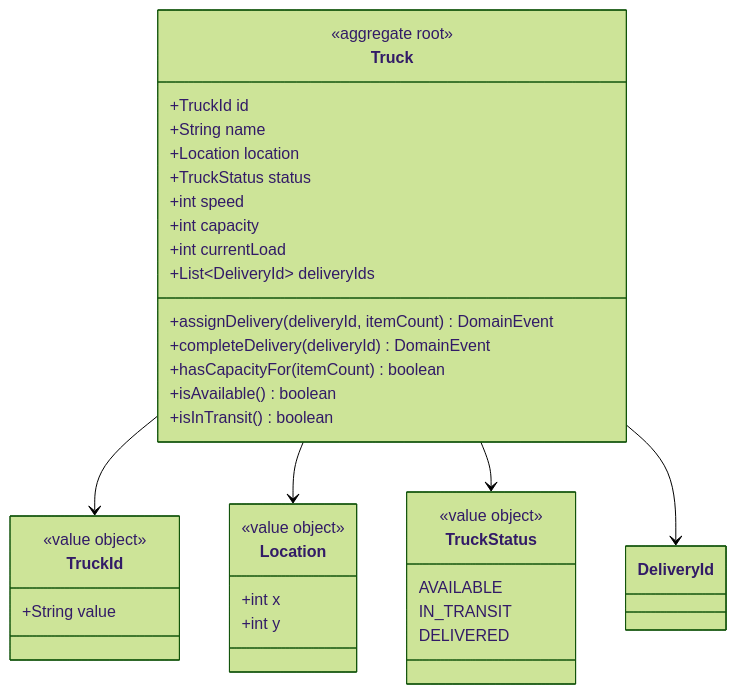
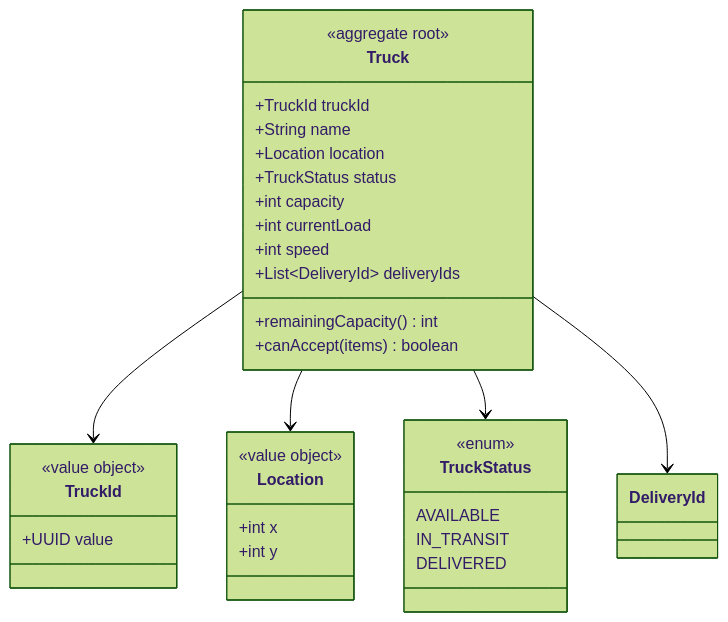
One commit to PauLopNun/workshop-suministros changed the first of 7 diagrams in transport/ddd.md. Above: the diagram before and after it, drawn with Mermaid (forest theme). The commit also changed other lines of this file and 5 other files, not shown here.

````diff
--- a/transport/ddd.md
+++ b/transport/ddd.md
@@ -14,38 +16,35 @@
 ```mermaid
 classDiagram
     class Truck {
         <<aggregate root>>
-        +TruckId id
+        +TruckId truckId
         +String name
         +Location location
         +TruckStatus status
-        +int speed
         +int capacity
         +int currentLoad
+        +int speed
         +List~DeliveryId~ deliveryIds
-        +assignDelivery(deliveryId, itemCount) DomainEvent
-        +completeDelivery(deliveryId) DomainEvent
-        +hasCapacityFor(itemCount) boolean
-        +isAvailable() boolean
-        +isInTransit() boolean
+        +remainingCapacity() int
+        +canAccept(items) boolean
     }
     class TruckId {
         <<value object>>
-        +String value
+        +UUID value
     }
     class Location {
         <<value object>>
         +int x
         +int y
     }
     class TruckStatus {
-        <<value object>>
+        <<enum>>
         AVAILABLE
         IN_TRANSIT
         DELIVERED
     }
     Truck --> TruckId
     Truck --> Location
     Truck --> TruckStatus
     Truck --> DeliveryId
 ```
````
